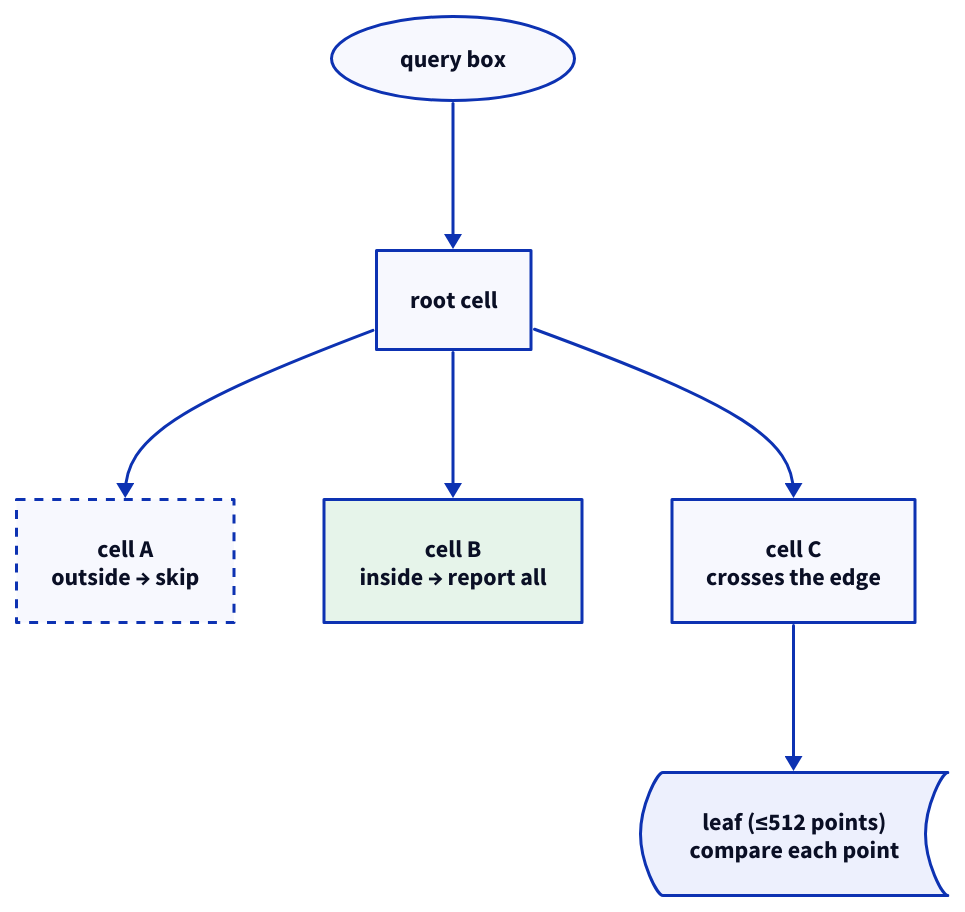
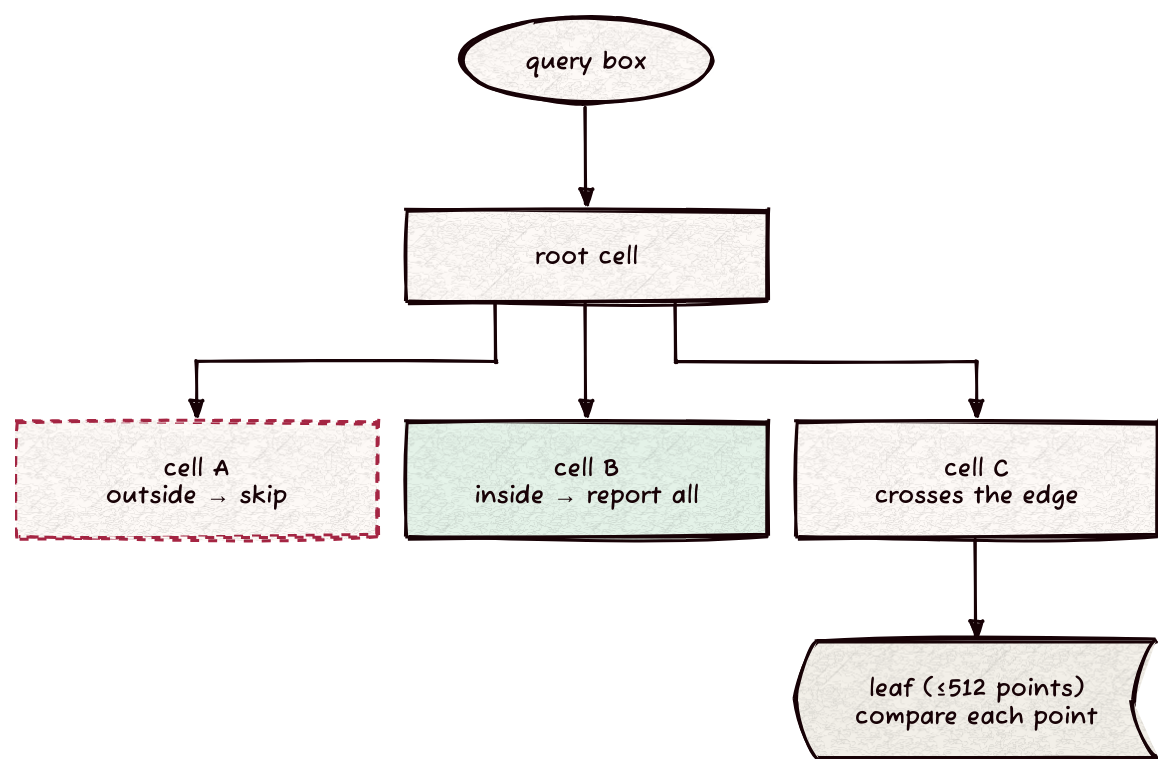
The diagram in docs/bkd.d2 (Kronuz/bkd), drawn with D2 before and after one commit. The commit also changed 2 other files, not shown here.

Commit message:
Shape the README to the family standard [skip ci]
Quick start as a complete program with its output, before Installation;
FetchContent pinned to 4ddc2cf; Not-for bullets for updates, persistence,
key types and the dimension and ordinal limits; the shared Documentation,
Contributing and License wording. The Status roadmap leaves the README. The
diagram gets a 24 px pad, wider cells and a pale leaf fill: 810x544, from
792x711.

```diff
--- a/docs/bkd.d2
+++ b/docs/bkd.d2
@@ -1,13 +1,15 @@
-# bkd: prune by cell boxes. Render: d2 --layout elk --sketch --theme 302 docs/bkd.d2 docs/bkd.svg
+# bkd: prune by cell boxes.
+# Render: d2 --layout elk --sketch --theme 302 docs/bkd.d2 docs/bkd.svg
+vars: { d2-config: { layout-engine: elk; theme-id: 302; sketch: true; pad: 24 } }
 direction: down
 q: "query box" {shape: oval}
-root: "root cell" 
-a: "cell A\noutside → skip" {style.stroke-dash: 3}
-b: "cell B\ninside → report all" {style.fill: "#e6f4ea"}
-c: "cell C\ncrosses the edge"
-leaf: "leaf (≤512 points)\ncompare each point" {shape: stored_data}
+root: "root cell" {width: 240}
+a: "cell A\noutside → skip" {style.stroke-dash: 3; width: 240}
+b: "cell B\ninside → report all" {style.fill: "#e6f4ea"; width: 240}
+c: "cell C\ncrosses the edge" {width: 240}
+leaf: "leaf (≤512 points)\ncompare each point" {shape: stored_data; style.fill: "#F4F1EA"; width: 240}
 q -> root
 root -> a
 root -> b
 root -> c
 c -> leaf
```
